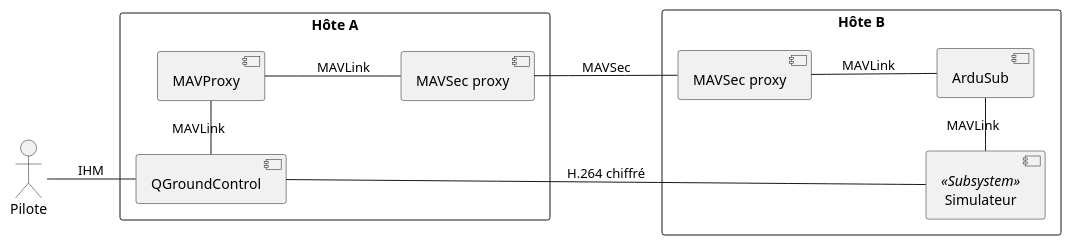
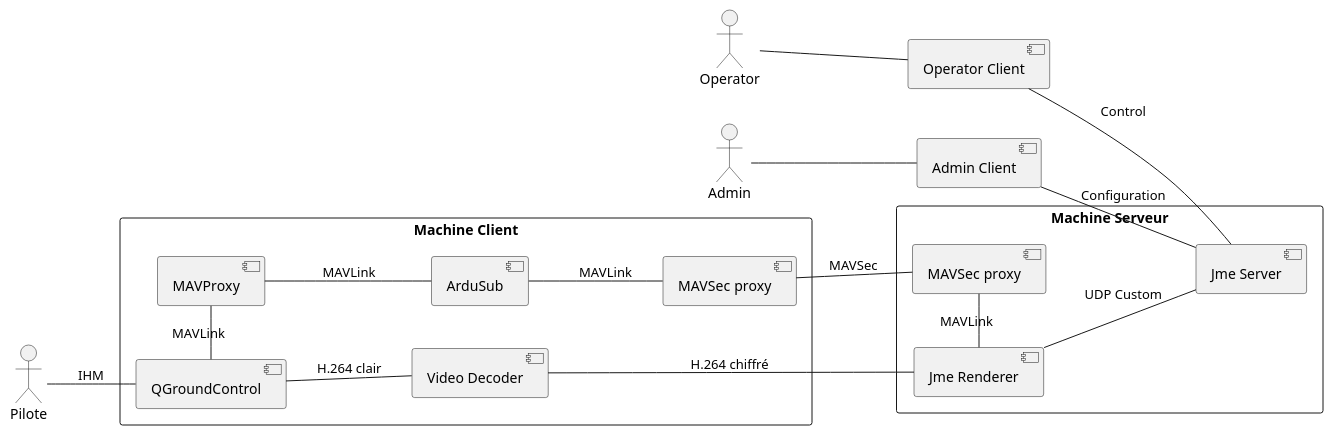
Before and after one commit to tombartos/SAE-DRONE: the diagram in doc/ardupilot_server_components.puml, drawn with PlantUML. The commit also changed 1 other file, not shown here.

Commit message:
update component diagrams

```diff
--- a/doc/ardupilot_server_components.puml
+++ b/doc/ardupilot_server_components.puml
@@ -1,29 +1,43 @@
 @startuml
 
 left to right direction
 
 actor Pilote
+actor Operator
+actor Admin
 
-rectangle "Hôte A" {
+rectangle "Machine Client" {
+    component "Video Decoder" as VideoDecoder
     component QGroundControl
     component MAVProxy
+    component ArduSub
     component "MAVSec proxy" as SecProxy1
 
     Pilote -- QGroundControl : IHM
     QGroundControl -left- MAVProxy : MAVLink
-    MAVProxy -- SecProxy1 : MAVLink
+    MAVProxy -- ArduSub : MAVLink
+    ArduSub -- SecProxy1 : MAVLink
 }
 
-rectangle "Hôte B" {
+component "Operator Client" as OperatorClient
+component "Admin Client" as AdminClient
+
+rectangle "Machine Serveur" {
     component "MAVSec proxy" as SecProxy2
-    component ArduSub
-    component Simulateur <<Subsystem>>
+    component "Video Decoder" as JmeRenderer
+    component "Jme Renderer" as JmeRenderer
+    component "Jme Server" as JmeServer
 
-    SecProxy2 -- ArduSub : MAVLink
-    ArduSub -left- Simulateur : MAVLink
+    SecProxy2 -left- JmeRenderer : MAVLink
+    JmeRenderer -- JmeServer : UDP Custom
+    OperatorClient -- JmeServer : Control
+    AdminClient -- JmeServer : Configuration
 }
 
 SecProxy1 -- SecProxy2 : MAVSec
-QGroundControl -- Simulateur : H.264 chiffré
+QGroundControl -- VideoDecoder : H.264 clair
+VideoDecoder -- JmeRenderer : H.264 chiffré
+Operator -- OperatorClient
+Admin -- AdminClient
 
 @enduml
```
